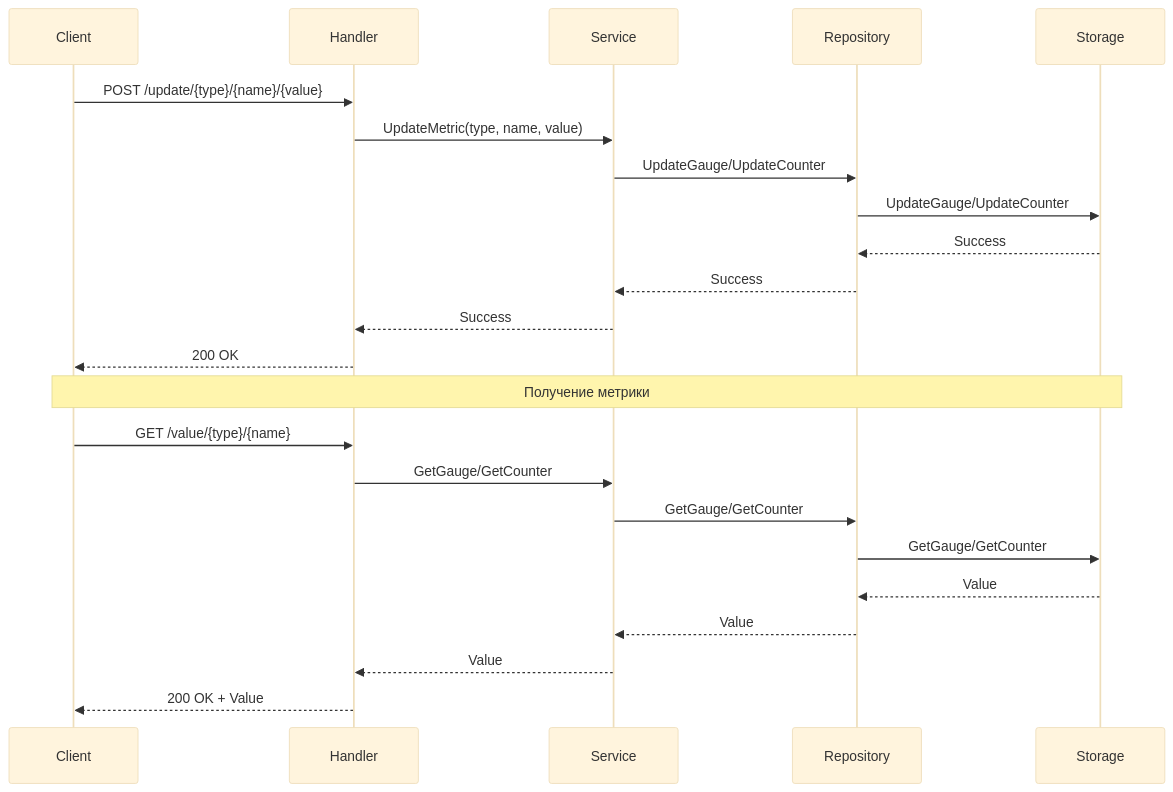
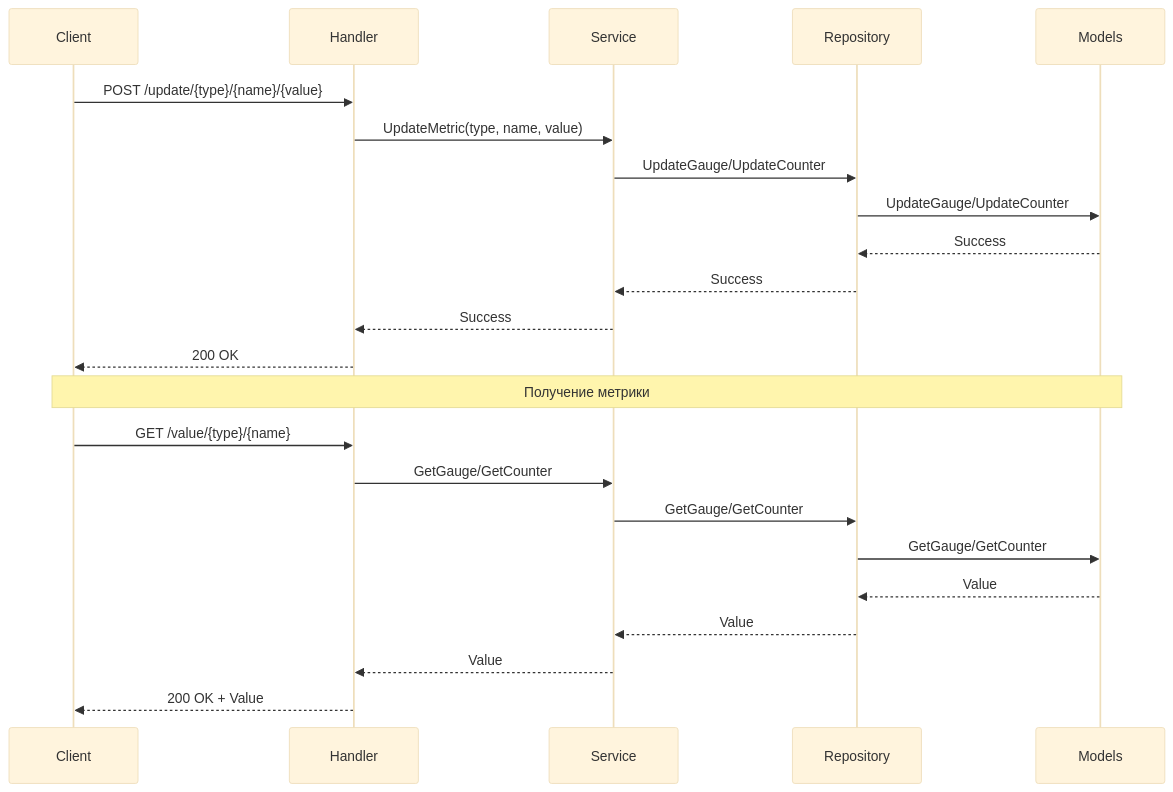
Before and after one commit to IgorKilipenko/metrical: the third of 4 diagrams in README.md, drawn with Mermaid (base theme). The commit also changed other lines of this file and 16 other files, not shown here.

````diff
--- a/README.md
+++ b/README.md
@@ -79,27 +85,27 @@
 ```mermaid
 sequenceDiagram
     participant Client
     participant Handler
     participant Service
     participant Repository
-    participant Storage
+    participant Models
     
     Client->>Handler: POST /update/{type}/{name}/{value}
     Handler->>Service: UpdateMetric(type, name, value)
     Service->>Repository: UpdateGauge/UpdateCounter
-    Repository->>Storage: UpdateGauge/UpdateCounter
-    Storage-->>Repository: Success
+    Repository->>Models: UpdateGauge/UpdateCounter
+    Models-->>Repository: Success
     Repository-->>Service: Success
     Service-->>Handler: Success
     Handler-->>Client: 200 OK
     
-    Note over Client,Storage: Получение метрики
+    Note over Client,Models: Получение метрики
     Client->>Handler: GET /value/{type}/{name}
     Handler->>Service: GetGauge/GetCounter
     Service->>Repository: GetGauge/GetCounter
-    Repository->>Storage: GetGauge/GetCounter
-    Storage-->>Repository: Value
+    Repository->>Models: GetGauge/GetCounter
+    Models-->>Repository: Value
     Repository-->>Service: Value
     Service-->>Handler: Value
     Handler-->>Client: 200 OK + Value
 ```
````
